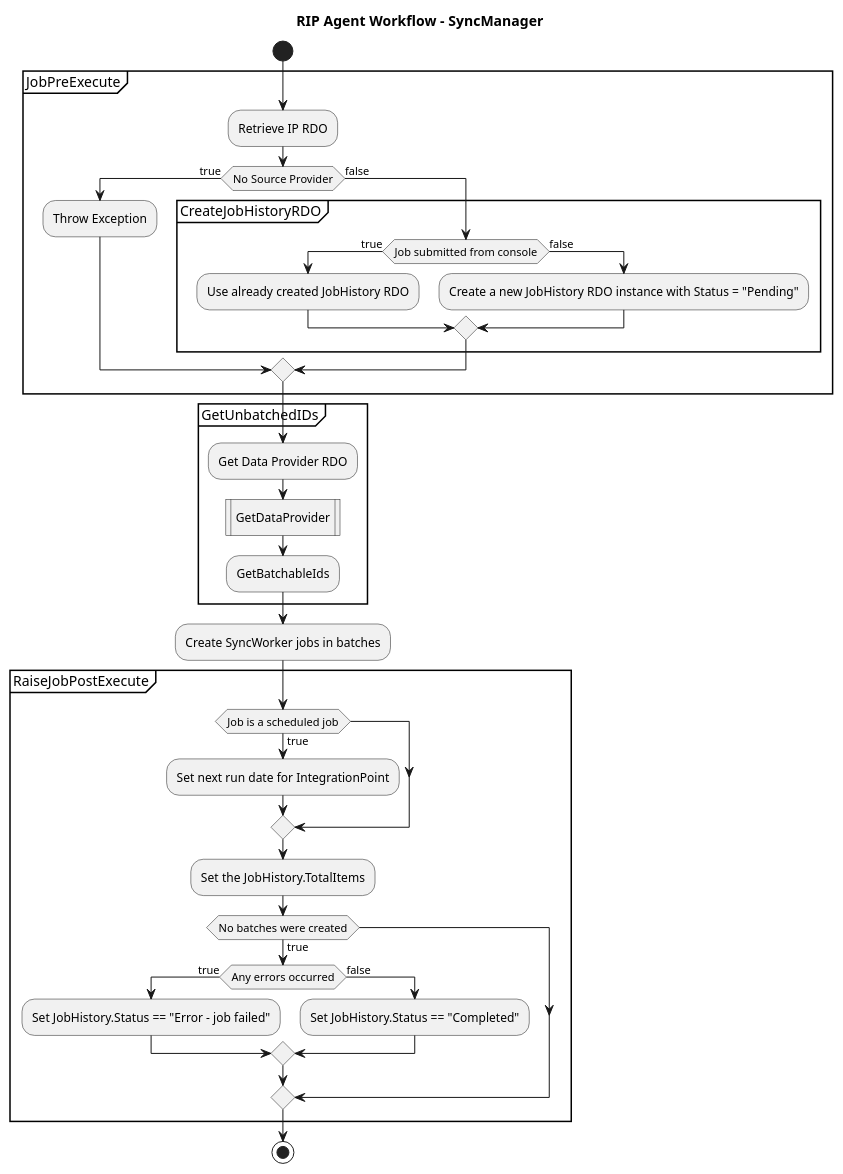
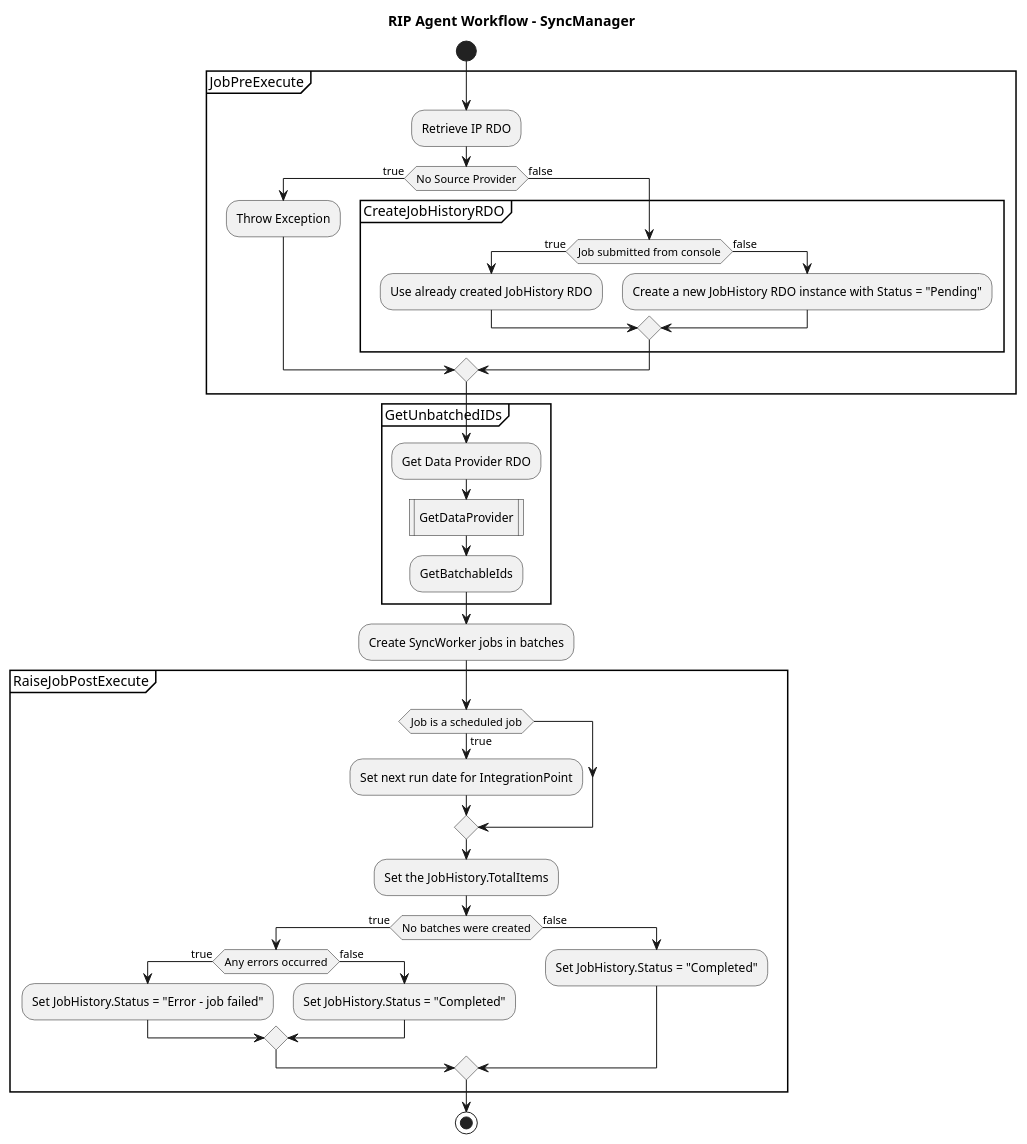
Before and after one commit to relativityone/server-integrationpoints-integrationpoints: the diagram in documentation/SyncManager.pu, drawn with PlantUML. The commit also changed 2 other files, not shown here.

Commit message:
Small updates to GetDataProvider, SyncManager, and SyncWorker diagrams as per code reviews
--HG--
branch : feature-UrsaMinor

```diff
--- a/documentation/SyncManager.pu
+++ b/documentation/SyncManager.pu
@@ -1,47 +1,49 @@
 @startuml
 
 title RIP Agent Workflow - SyncManager
 
 
 start
 
 partition JobPreExecute {
     :Retrieve IP RDO;
     if (No Source Provider) then (true)
         :Throw Exception;
     else (false)
         partition CreateJobHistoryRDO {
             if (Job submitted from console) then (true)
                 :Use already created JobHistory RDO; 
             else (false)
                 :Create a new JobHistory RDO instance with Status = "Pending";
             endif
         }
     endif
 }
 
 partition GetUnbatchedIDs {
     :Get Data Provider RDO;
     :GetDataProvider|
     :GetBatchableIds;
 }
 
 :Create SyncWorker jobs in batches;
 
 partition RaiseJobPostExecute {
     if (Job is a scheduled job) then (true)
         :Set next run date for IntegrationPoint;
     endif
     
     :Set the JobHistory.TotalItems;
     if (No batches were created) then (true)
         if (Any errors occurred) then (true)
-            :Set JobHistory.Status == "Error - job failed";
+            :Set JobHistory.Status = "Error - job failed";
         else (false)
-            :Set JobHistory.Status == "Completed";
+            :Set JobHistory.Status = "Completed";
         endif
+	else (false)
+		:Set JobHistory.Status = "Completed";
     endif
 }
 stop
 
 @enduml
```
